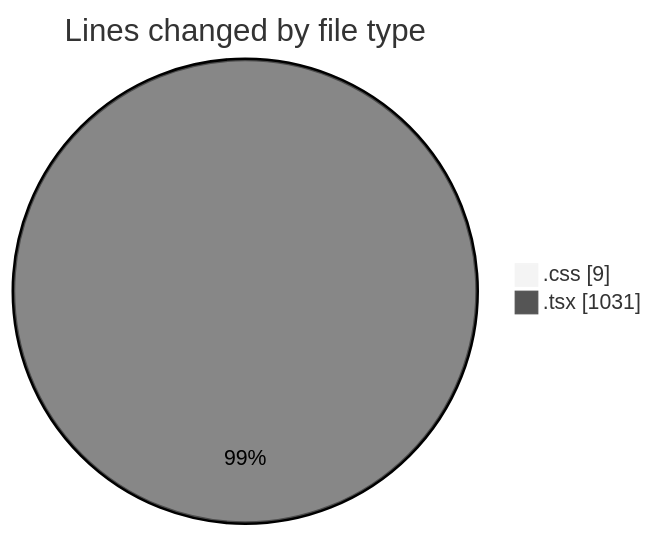
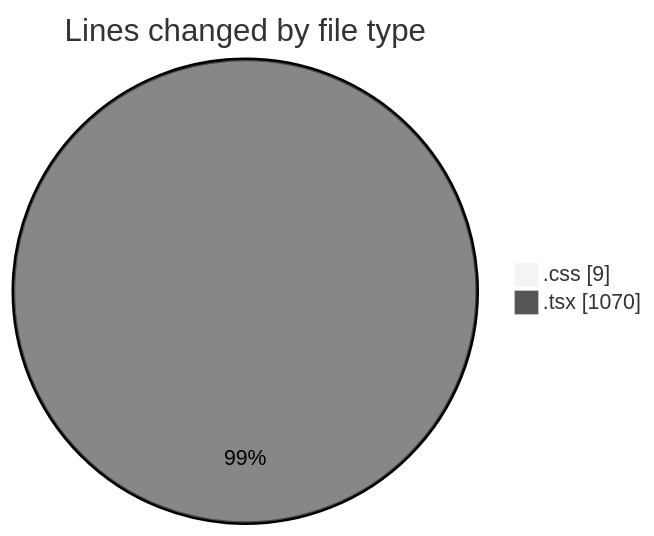
The first of 2 diagrams in 2025-02-28/audiobooks-web/README.md (robertbonfada/code-tracking), drawn with Mermaid (neutral theme) before and after one commit. The commit also changed other lines of this file and 1 other file, not shown here.

````diff
--- a/2025-02-28/audiobooks-web/README.md
+++ b/2025-02-28/audiobooks-web/README.md
@@ -26,6 +26,6 @@
 ```mermaid
 pie showData
 title Lines changed by file type
 ".css" : 9
-".tsx" : 1031
+".tsx" : 1070
 ```
````
